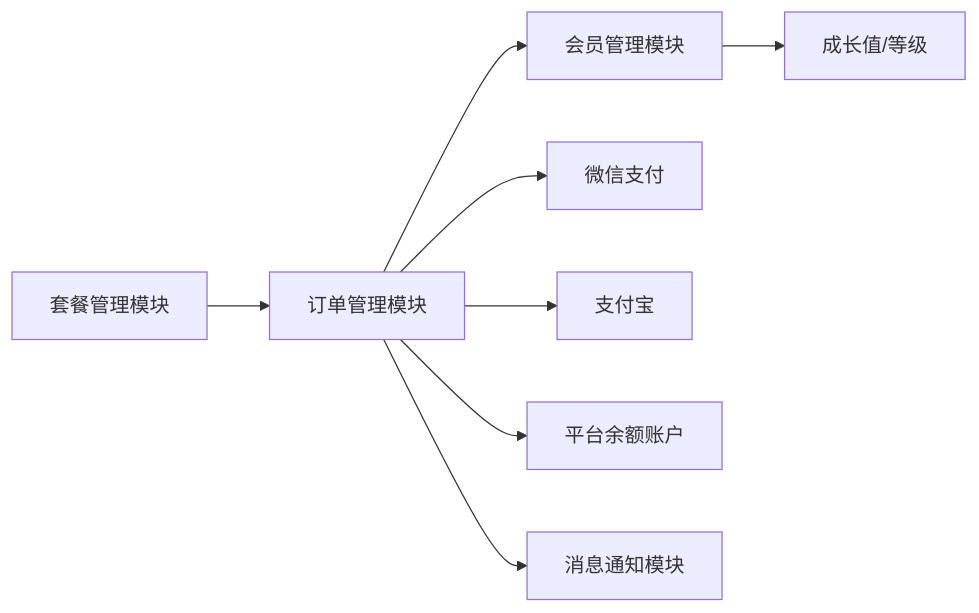
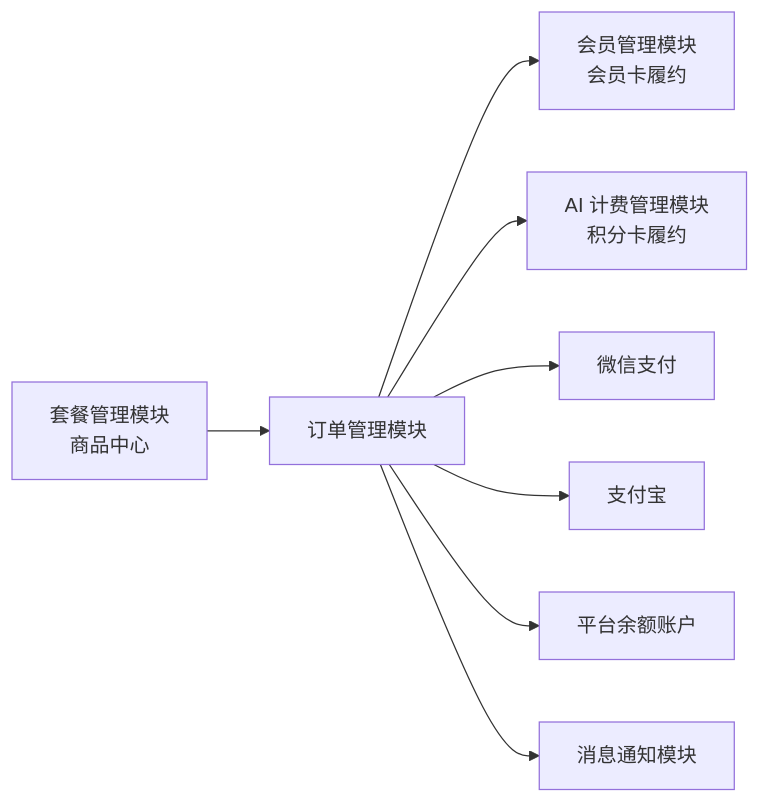
Before and after one commit to earthy-zinc/dehaze-system: the first of 2 diagrams in dehaze-doc/docs/03-模块设计/基础模块/订单管理/需求规格.md, drawn with Mermaid. The commit also changed other lines of this file and 119 other files, not shown here.

````diff
--- a/dehaze-doc/docs/03-模块设计/基础模块/订单管理/需求规格.md
+++ b/dehaze-doc/docs/03-模块设计/基础模块/订单管理/需求规格.md
@@ -54,10 +54,10 @@
 ```mermaid
 flowchart LR
-    A[套餐管理模块] --> B[订单管理模块]
-    B --> C[会员管理模块]
-    B --> D[微信支付]
-    B --> E[支付宝]
-    B --> F[平台余额账户]
-    B --> G[消息通知模块]
-    C --> H[成长值/等级]
+    A[套餐管理模块<br/>商品中心] --> B[订单管理模块]
+    B --> C[会员管理模块<br/>会员卡履约]
+    B --> D[AI 计费管理模块<br/>积分卡履约]
+    B --> E[微信支付]
+    B --> F[支付宝]
+    B --> G[平台余额账户]
+    B --> H[消息通知模块]
 ```
````
